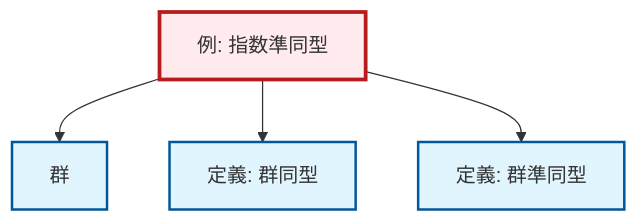
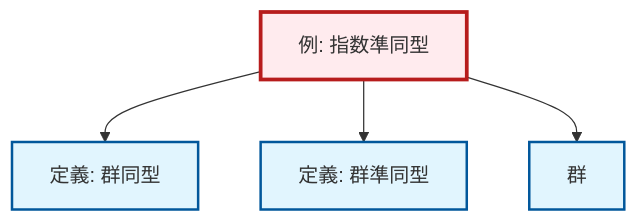
The diagram in content/ja/algebra/ex-exponential-homomorphism.qmd (RK0429/ModernMath), drawn with Mermaid before and after one commit. The commit also changed other lines of this file and 1012 other files, not shown here.

````diff
--- a/content/ja/algebra/ex-exponential-homomorphism.qmd
+++ b/content/ja/algebra/ex-exponential-homomorphism.qmd
@@ -46,20 +46,20 @@
 ```{mermaid}
 %%| fig-cap: "Local dependency graph"
 graph TD
     classDef definition fill:#e1f5fe,stroke:#01579b,stroke-width:2px
     classDef theorem fill:#f3e5f5,stroke:#4a148c,stroke-width:2px
     classDef axiom fill:#fff3e0,stroke:#e65100,stroke-width:2px
     classDef example fill:#e8f5e9,stroke:#1b5e20,stroke-width:2px
     classDef current fill:#ffebee,stroke:#b71c1c,stroke-width:3px
+    def-homomorphism["定義: 群準同型"]:::definition
     ex-exponential-homomorphism["例: 指数準同型"]:::example
-    def-homomorphism["定義: 群準同型"]:::definition
+    def-group["群"]:::definition
     def-isomorphism["定義: 群同型"]:::definition
-    def-group["群"]:::definition
-    ex-exponential-homomorphism --> def-group
     ex-exponential-homomorphism --> def-isomorphism
     ex-exponential-homomorphism --> def-homomorphism
+    ex-exponential-homomorphism --> def-group
     class ex-exponential-homomorphism current
     click def-homomorphism "def-homomorphism.html" "群準同型の定義へ"
+    click def-group "def-group.html" "群へ"
     click def-isomorphism "def-isomorphism.html" "群同型の定義へ"
-    click def-group "def-group.html" "群へ"
 ```
````
